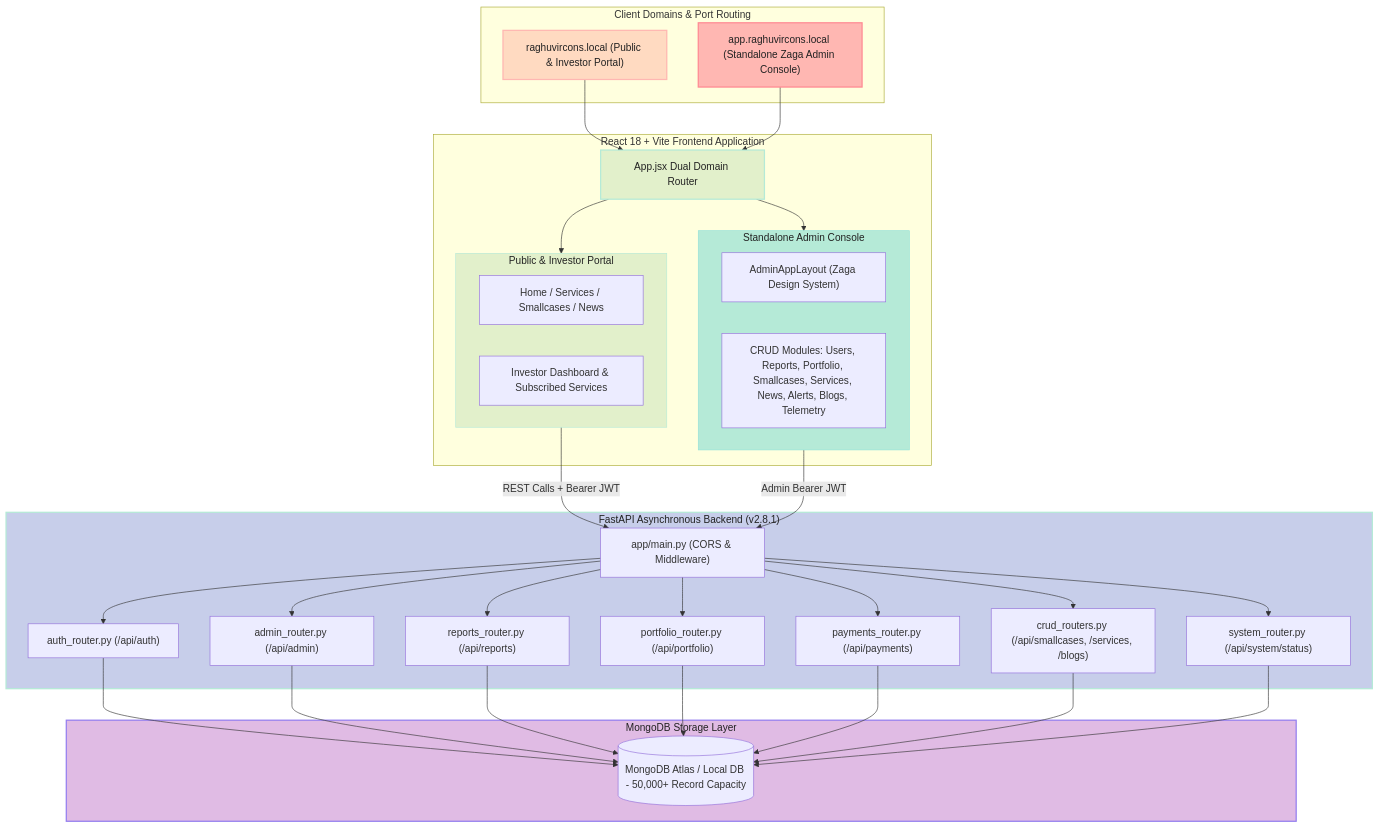
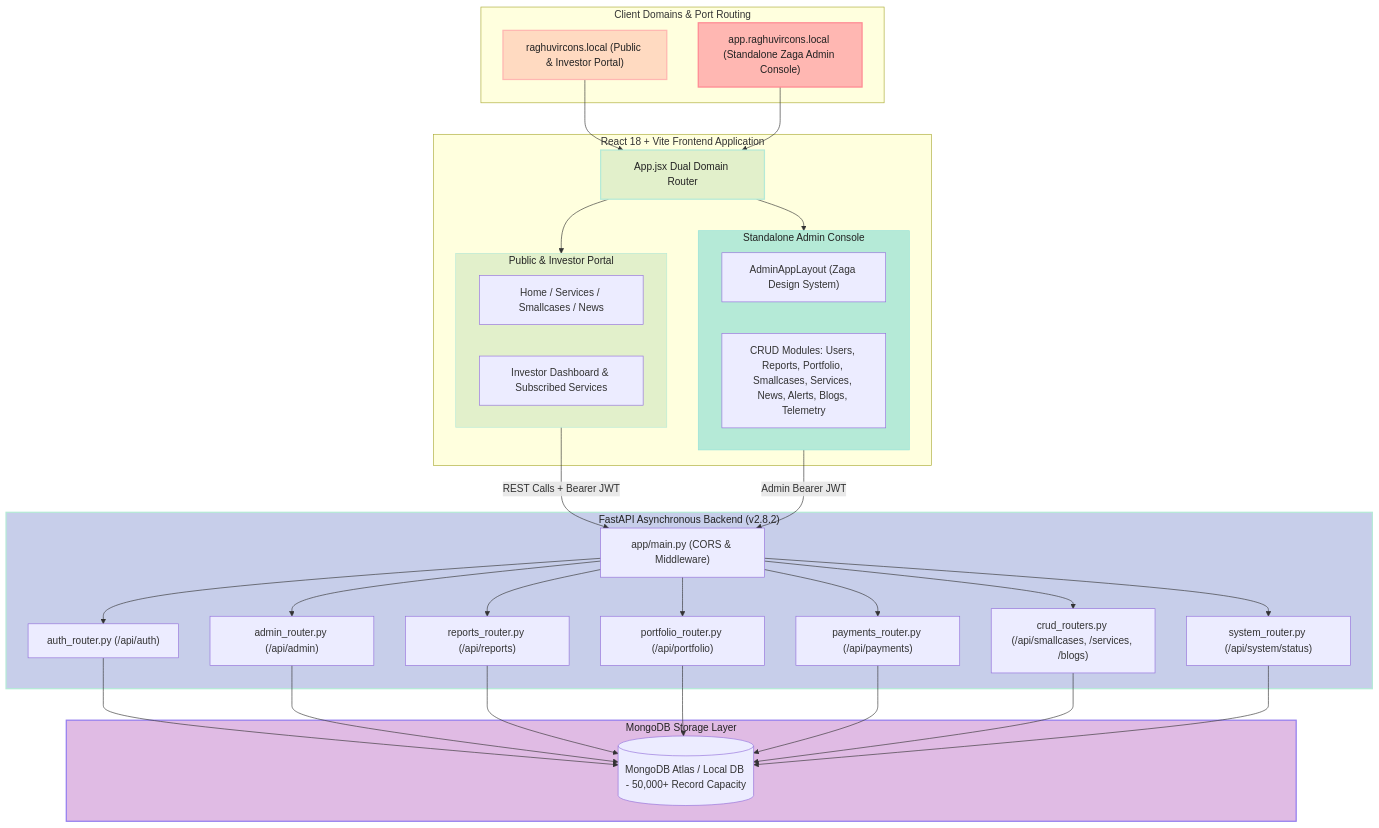
One commit to tejasrsuthar/investment-strategy-all-weather changed the first of 2 diagrams in backend/docs/ARCHITECTURE.md. Above: the diagram before and after it, drawn with Mermaid. The commit also changed other lines of this file and 7 other files, not shown here.

````diff
--- a/backend/docs/ARCHITECTURE.md
+++ b/backend/docs/ARCHITECTURE.md
@@ -14,70 +14,70 @@
 ```mermaid
 graph TD
     subgraph ClientDomains["Client Domains & Port Routing"]
         PublicDomain["raghuvircons.local (Public & Investor Portal)"]
         AdminDomain["app.raghuvircons.local (Standalone Zaga Admin Console)"]
     end
 
     subgraph ReactFrontend["React 18 + Vite Frontend Application"]
         AppRouter["App.jsx Dual Domain Router"]
         
         subgraph PublicPortal["Public & Investor Portal"]
           PublicViews["Home / Services / Smallcases / News"]
           InvestorPortal["Investor Dashboard & Subscribed Services"]
         end
 
         subgraph ZagaAdmin["Standalone Admin Console"]
           AdminLayout["AdminAppLayout (Zaga Design System)"]
           AdminModules["CRUD Modules: Users, Reports, Portfolio, Smallcases, Services, News, Alerts, Blogs, Telemetry"]
         end
       end
 
-    subgraph FastAPIServer["FastAPI Asynchronous Backend (v2.8.1)"]
+    subgraph FastAPIServer["FastAPI Asynchronous Backend (v2.8.2)"]
         API["app/main.py (CORS & Middleware)"]
         AuthRouter["auth_router.py (/api/auth)"]
         AdminRouter["admin_router.py (/api/admin)"]
         ReportsRouter["reports_router.py (/api/reports)"]
         PortfolioRouter["portfolio_router.py (/api/portfolio)"]
         PaymentsRouter["payments_router.py (/api/payments)"]
         CRUDRouters["crud_routers.py (/api/smallcases, /services, /blogs)"]
         SystemRouter["system_router.py (/api/system/status)"]
     end
 
     subgraph DataStore["MongoDB Storage Layer"]
         MongoDB[(MongoDB Atlas / Local DB - 50,000+ Record Capacity)]
     end
 
     PublicDomain --> AppRouter
     AdminDomain --> AppRouter
 
     AppRouter --> PublicPortal
     AppRouter --> ZagaAdmin
 
     PublicPortal -->|REST Calls + Bearer JWT| API
     ZagaAdmin -->|Admin Bearer JWT| API
 
     API --> AuthRouter
     API --> AdminRouter
     API --> ReportsRouter
     API --> PortfolioRouter
     API --> PaymentsRouter
     API --> CRUDRouters
     API --> SystemRouter
 
     AuthRouter --> MongoDB
     AdminRouter --> MongoDB
     ReportsRouter --> MongoDB
     PortfolioRouter --> MongoDB
     PaymentsRouter --> MongoDB
     CRUDRouters --> MongoDB
     SystemRouter --> MongoDB
 
     %% Pastel Color Palette Styling
     style PublicDomain fill:#FFDAC1,stroke:#FFB7B2,stroke-width:2px,color:#222;
     style AdminDomain fill:#FFB7B2,stroke:#FF8B94,stroke-width:2px,color:#222;
     style AppRouter fill:#E2F0CB,stroke:#B5EAD7,stroke-width:2px,color:#222;
     style PublicPortal fill:#E2F0CB,stroke:#B5EAD7,stroke-width:1px,color:#222;
     style ZagaAdmin fill:#B5EAD7,stroke:#93E1D8,stroke-width:1px,color:#222;
     style FastAPIServer fill:#C7CEEA,stroke:#B5EAD7,stroke-width:2px,color:#222;
     style DataStore fill:#E0BBE4,stroke:#957FEF,stroke-width:2px,color:#222;
 ```
````
